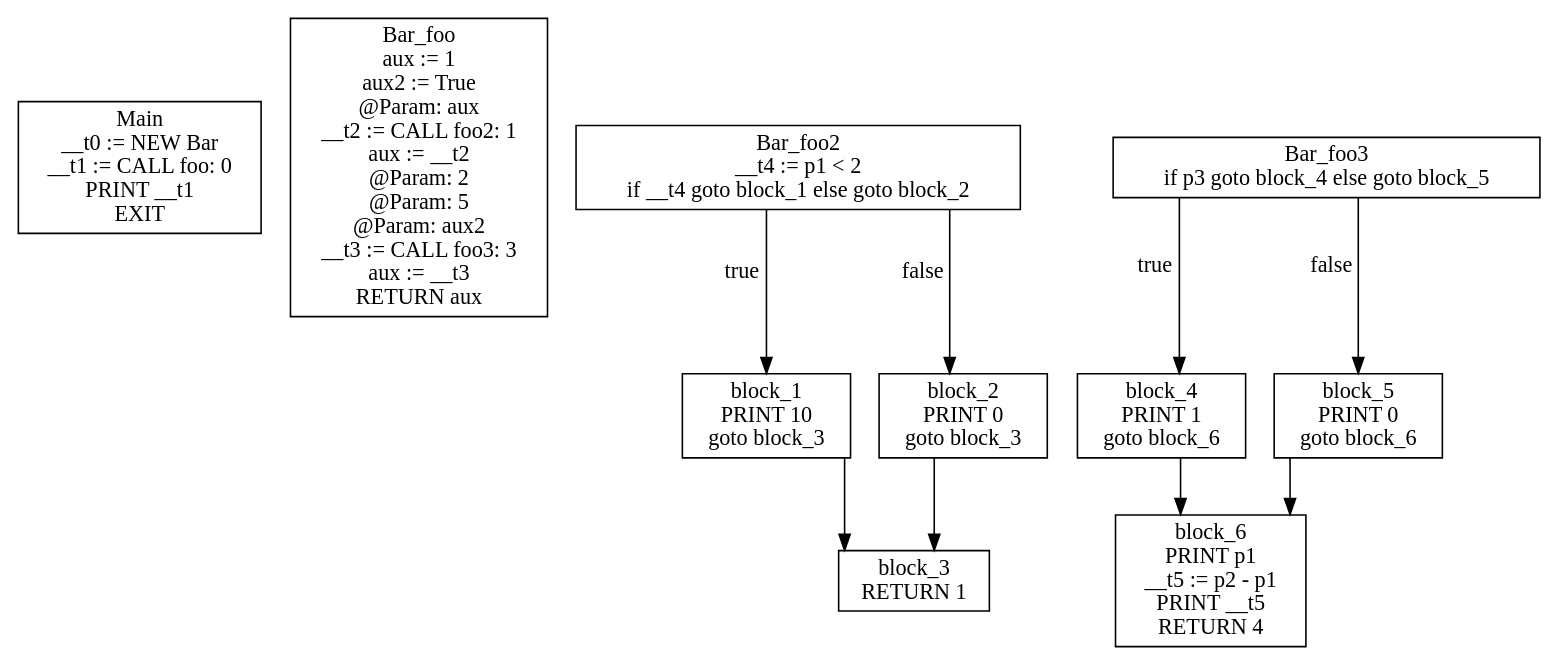
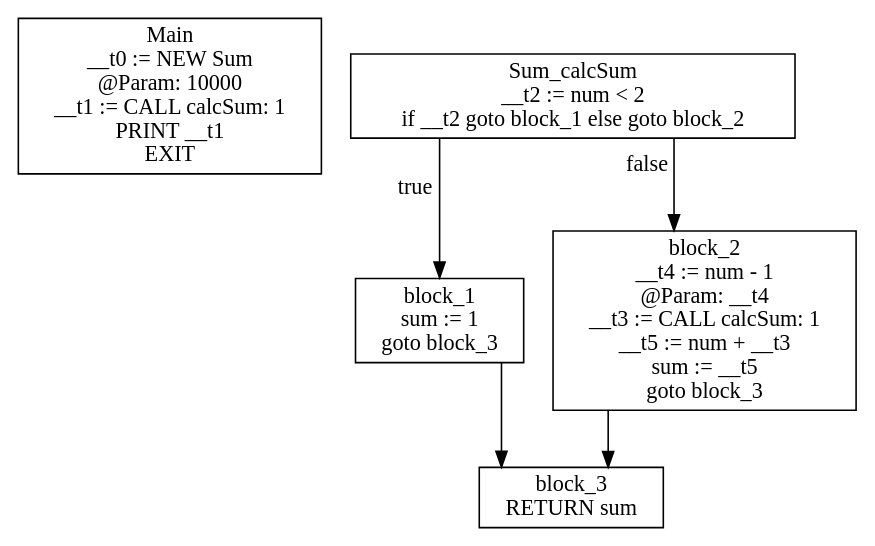
Before and after one commit to KarmaSora/Compiler: the diagram in gettingStarted/cfg.dot, drawn with Graphviz. The commit also changed 9 other files, not shown here.

```diff
--- a/gettingStarted/cfg.dot
+++ b/gettingStarted/cfg.dot
@@ -1,22 +1,13 @@
 digraph CFG {
 graph [splines=ortho];
 node [shape=box];
-Main [label="Main\n__t0 := NEW Bar\n__t1 := CALL foo: 0\nPRINT __t1\nEXIT\n"];
-Bar_foo [label="Bar_foo\naux := 1\naux2 := True\n @Param: aux\n__t2 := CALL foo2: 1\naux := __t2\n @Param: 2\n @Param: 5\n @Param: aux2\n__t3 := CALL foo3: 3\naux := __t3\nRETURN aux\n"];
-Bar_foo2 -> block_1 [xlabel="true"];
-Bar_foo2 -> block_2 [xlabel="false"];
-Bar_foo2 [label="Bar_foo2\n__t4 := p1 < 2\nif __t4 goto block_1 else goto block_2\n"];
+Main [label="Main\n__t0 := NEW Sum\n @Param: 10000\n__t1 := CALL calcSum: 1\nPRINT __t1\nEXIT\n"];
+Sum_calcSum -> block_1 [xlabel="true"];
+Sum_calcSum -> block_2 [xlabel="false"];
+Sum_calcSum [label="Sum_calcSum\n__t2 := num < 2\nif __t2 goto block_1 else goto block_2\n"];
 block_1 -> block_3;
-block_1 [label="block_1\nPRINT 10\ngoto block_3\n"];
+block_1 [label="block_1\nsum := 1\ngoto block_3\n"];
 block_2 -> block_3;
-block_2 [label="block_2\nPRINT 0\ngoto block_3\n"];
-block_3 [label="block_3\nRETURN 1\n"];
-Bar_foo3 -> block_4 [xlabel="true"];
-Bar_foo3 -> block_5 [xlabel="false"];
-Bar_foo3 [label="Bar_foo3\nif p3 goto block_4 else goto block_5\n"];
-block_4 -> block_6;
-block_4 [label="block_4\nPRINT 1\ngoto block_6\n"];
-block_5 -> block_6;
-block_5 [label="block_5\nPRINT 0\ngoto block_6\n"];
-block_6 [label="block_6\nPRINT p1\n__t5 := p2 - p1\nPRINT __t5\nRETURN 4\n"];
+block_2 [label="block_2\n__t4 := num - 1\n @Param: __t4\n__t3 := CALL calcSum: 1\n__t5 := num + __t3\nsum := __t5\ngoto block_3\n"];
+block_3 [label="block_3\nRETURN sum\n"];
 }
```
